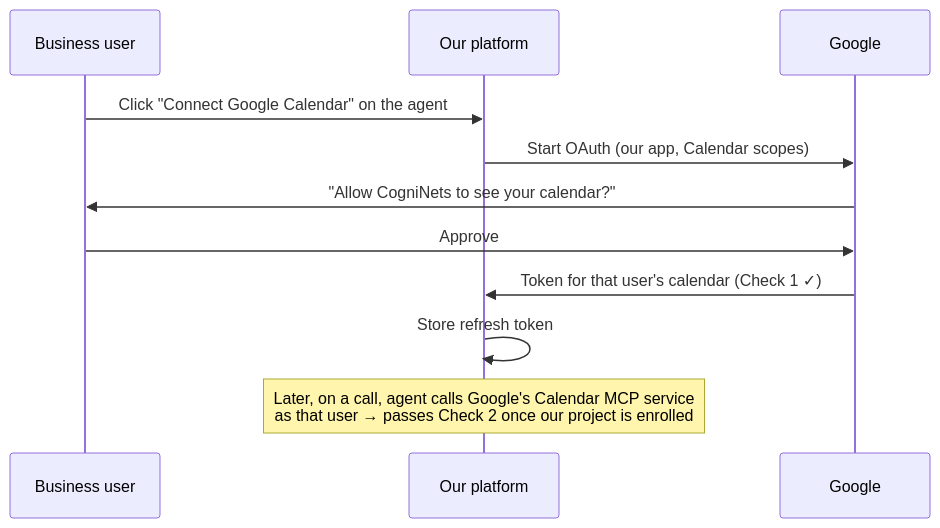
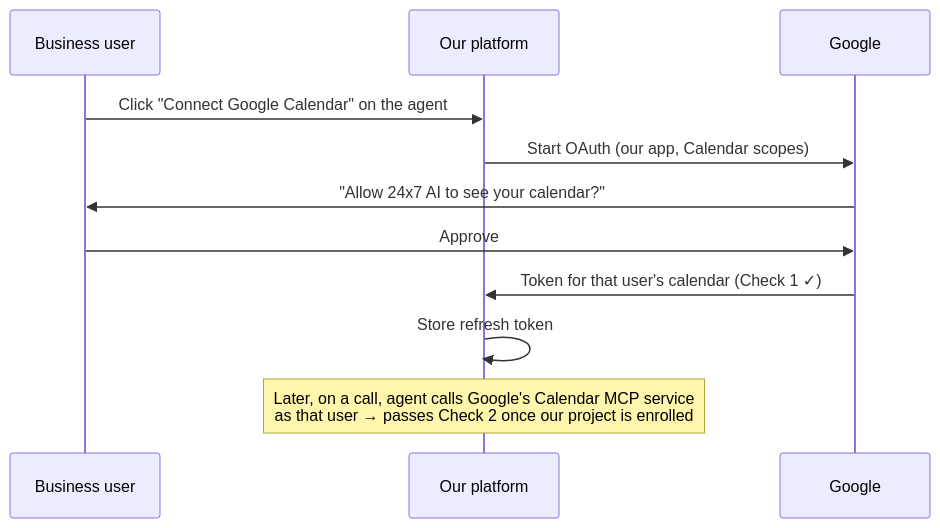
Before and after one commit to gauravdhiman/a1-voice-agent-platform: the third of 3 diagrams in docs/03_implementation/mcp_connector_access_model.md, drawn with Mermaid. The commit also changed other lines of this file and 34 other files, not shown here.

````diff
--- a/docs/03_implementation/mcp_connector_access_model.md
+++ b/docs/03_implementation/mcp_connector_access_model.md
@@ -131,13 +131,13 @@
 ```mermaid
 sequenceDiagram
     participant U as Business user
     participant P as Our platform
     participant G as Google
     U->>P: Click "Connect Google Calendar" on the agent
     P->>G: Start OAuth (our app, Calendar scopes)
-    G->>U: "Allow CogniNets to see your calendar?"
+    G->>U: "Allow 24x7 AI to see your calendar?"
     U->>G: Approve
     G->>P: Token for that user's calendar (Check 1 ✓)
     P->>P: Store refresh token
     Note over P: Later, on a call, agent calls Google's Calendar MCP service<br/>as that user → passes Check 2 once our project is enrolled
 ```
````
